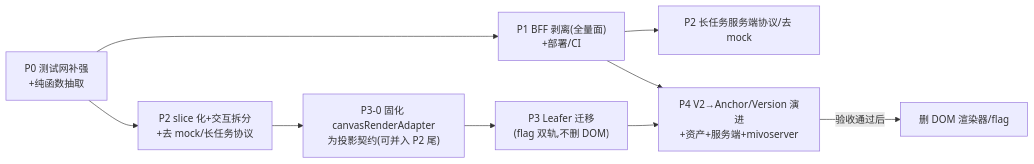
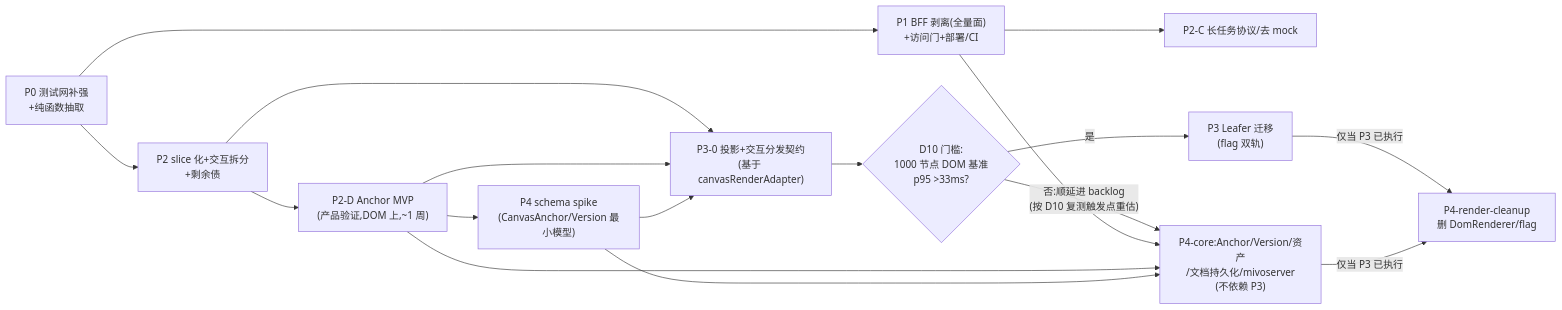
Before and after one commit to xindong/mivo-canvas: the diagram in docs/plan/productization-roadmap.md, drawn with Mermaid. The commit also changed other lines of this file, not shown here.

First line of the commit message:
docs: 路线图 rev4.4 终版——Claude+GPT 双审通过

````diff
--- a/docs/plan/productization-roadmap.md
+++ b/docs/plan/productization-roadmap.md
@@ -36,11 +74,19 @@
 ```mermaid
 flowchart LR
-    P0["P0 测试网补强<br/>+纯函数抽取"] --> P1["P1 BFF 剥离(全量面)<br/>+部署/CI"]
-    P0 --> P2["P2 slice 化+交互拆分<br/>+去 mock/长任务协议"]
-    P1 --> P2X["P2 长任务服务端协议/去 mock"]
-    P2 --> P30["P3-0 固化 canvasRenderAdapter<br/>为投影契约(可并入 P2 尾)"]
-    P30 --> P3["P3 Leafer 迁移<br/>(flag 双轨,不删 DOM)"]
-    P1 --> P4["P4 V2→Anchor/Version 演进<br/>+资产+服务端+mivoserver"]
-    P3 --> P4
-    P4 -->|"验收通过后"| CLEAN["删 DOM 渲染器/flag"]
+    P0["P0 测试网补强<br/>+纯函数抽取"] --> P1["P1 BFF 剥离(全量面)<br/>+访问门+部署/CI"]
+    P0 --> P2["P2 slice 化+交互拆分<br/>+剩余债"]
+    P1 --> P2X["P2-C 长任务协议/去 mock"]
+    P2 --> MVP["P2-D Anchor MVP<br/>(产品验证,DOM 上,~1 周)"]
+    P2 --> P30["P3-0 投影+交互分发契约<br/>(基于 canvasRenderAdapter)"]
+    MVP --> P30
+    SPIKE["P4 schema spike<br/>(CanvasAnchor/Version 最小模型)"] --> P30
+    MVP --> SPIKE
+    P30 --> GATE{"D10 门槛:<br/>1000 节点 DOM 基准<br/>p95 >33ms?"}
+    GATE -->|"是"| P3["P3 Leafer 迁移<br/>(flag 双轨)"]
+    GATE -->|"否:顺延进 backlog<br/>(按 D10 复测触发点重估)"| P4CORE
+    P1 --> P4CORE["P4-core:Anchor/Version/资产<br/>/文档持久化/mivoserver<br/>(不依赖 P3)"]
+    MVP --> P4CORE
+    SPIKE --> P4CORE
+    P3 -->|"仅当 P3 已执行"| P4CLEAN["P4-render-cleanup<br/>删 DomRenderer/flag"]
+    P4CORE -->|"仅当 P3 已执行"| P4CLEAN
 ```
````
